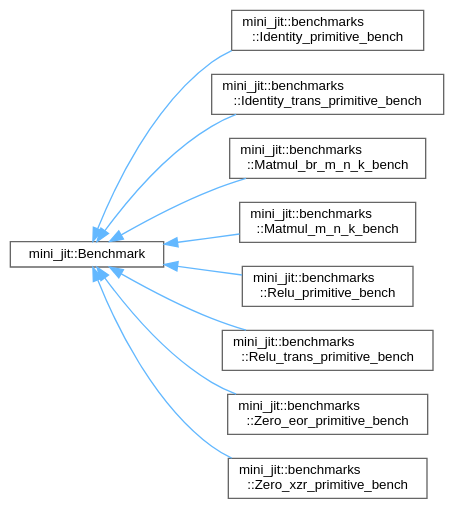
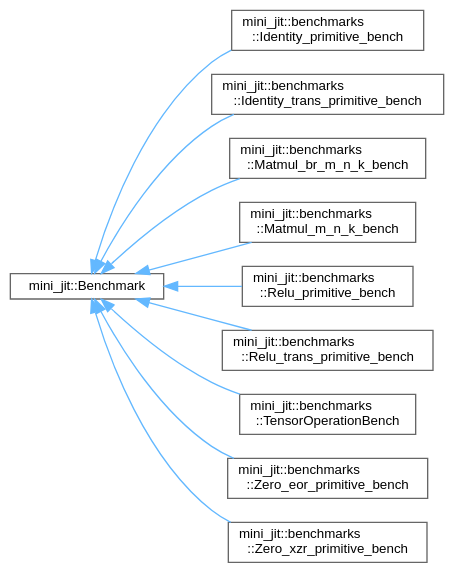
Before and after one commit to Shad00Z/machine-learning-compilers: the diagram in inherit_graph_0.dot, drawn with Graphviz. The commit also changed 78 other files, not shown here.

```diff
--- a/inherit_graph_0.dot
+++ b/inherit_graph_0.dot
@@ -1,25 +1,27 @@
 digraph "Graphical Class Hierarchy"
 {
  // LATEX_PDF_SIZE
   bgcolor="transparent";
   edge [fontname=Helvetica,fontsize=10,labelfontname=Helvetica,labelfontsize=10];
   node [fontname=Helvetica,fontsize=10,shape=box,height=0.2,width=0.4];
   rankdir="LR";
   Node0 [id="Node000000",label="mini_jit::Benchmark",height=0.2,width=0.4,color="grey40", fillcolor="white", style="filled",URL="$classmini__jit_1_1Benchmark.html",tooltip=" "];
   Node0 -> Node1 [id="edge1_Node000000_Node000001",dir="back",color="steelblue1",style="solid",tooltip=" "];
   Node1 [id="Node000001",label="mini_jit::benchmarks\l::Identity_primitive_bench",height=0.2,width=0.4,color="grey40", fillcolor="white", style="filled",URL="$classmini__jit_1_1benchmarks_1_1Identity__primitive__bench.html",tooltip=" "];
   Node0 -> Node2 [id="edge2_Node000000_Node000002",dir="back",color="steelblue1",style="solid",tooltip=" "];
   Node2 [id="Node000002",label="mini_jit::benchmarks\l::Identity_trans_primitive_bench",height=0.2,width=0.4,color="grey40", fillcolor="white", style="filled",URL="$classmini__jit_1_1benchmarks_1_1Identity__trans__primitive__bench.html",tooltip=" "];
   Node0 -> Node3 [id="edge3_Node000000_Node000003",dir="back",color="steelblue1",style="solid",tooltip=" "];
   Node3 [id="Node000003",label="mini_jit::benchmarks\l::Matmul_br_m_n_k_bench",height=0.2,width=0.4,color="grey40", fillcolor="white", style="filled",URL="$classmini__jit_1_1benchmarks_1_1Matmul__br__m__n__k__bench.html",tooltip="Benchmark for matrix multiplication using BRGEMM."];
   Node0 -> Node4 [id="edge4_Node000000_Node000004",dir="back",color="steelblue1",style="solid",tooltip=" "];
   Node4 [id="Node000004",label="mini_jit::benchmarks\l::Matmul_m_n_k_bench",height=0.2,width=0.4,color="grey40", fillcolor="white", style="filled",URL="$classmini__jit_1_1benchmarks_1_1Matmul__m__n__k__bench.html",tooltip=" "];
   Node0 -> Node5 [id="edge5_Node000000_Node000005",dir="back",color="steelblue1",style="solid",tooltip=" "];
   Node5 [id="Node000005",label="mini_jit::benchmarks\l::Relu_primitive_bench",height=0.2,width=0.4,color="grey40", fillcolor="white", style="filled",URL="$classmini__jit_1_1benchmarks_1_1Relu__primitive__bench.html",tooltip=" "];
   Node0 -> Node6 [id="edge6_Node000000_Node000006",dir="back",color="steelblue1",style="solid",tooltip=" "];
   Node6 [id="Node000006",label="mini_jit::benchmarks\l::Relu_trans_primitive_bench",height=0.2,width=0.4,color="grey40", fillcolor="white", style="filled",URL="$classmini__jit_1_1benchmarks_1_1Relu__trans__primitive__bench.html",tooltip=" "];
   Node0 -> Node7 [id="edge7_Node000000_Node000007",dir="back",color="steelblue1",style="solid",tooltip=" "];
-  Node7 [id="Node000007",label="mini_jit::benchmarks\l::Zero_eor_primitive_bench",height=0.2,width=0.4,color="grey40", fillcolor="white", style="filled",URL="$classmini__jit_1_1benchmarks_1_1Zero__eor__primitive__bench.html",tooltip=" "];
+  Node7 [id="Node000007",label="mini_jit::benchmarks\l::TensorOperationBench",height=0.2,width=0.4,color="grey40", fillcolor="white", style="filled",URL="$classmini__jit_1_1benchmarks_1_1TensorOperationBench.html",tooltip=" "];
   Node0 -> Node8 [id="edge8_Node000000_Node000008",dir="back",color="steelblue1",style="solid",tooltip=" "];
-  Node8 [id="Node000008",label="mini_jit::benchmarks\l::Zero_xzr_primitive_bench",height=0.2,width=0.4,color="grey40", fillcolor="white", style="filled",URL="$classmini__jit_1_1benchmarks_1_1Zero__xzr__primitive__bench.html",tooltip=" "];
+  Node8 [id="Node000008",label="mini_jit::benchmarks\l::Zero_eor_primitive_bench",height=0.2,width=0.4,color="grey40", fillcolor="white", style="filled",URL="$classmini__jit_1_1benchmarks_1_1Zero__eor__primitive__bench.html",tooltip=" "];
+  Node0 -> Node9 [id="edge9_Node000000_Node000009",dir="back",color="steelblue1",style="solid",tooltip=" "];
+  Node9 [id="Node000009",label="mini_jit::benchmarks\l::Zero_xzr_primitive_bench",height=0.2,width=0.4,color="grey40", fillcolor="white", style="filled",URL="$classmini__jit_1_1benchmarks_1_1Zero__xzr__primitive__bench.html",tooltip=" "];
 }
```
